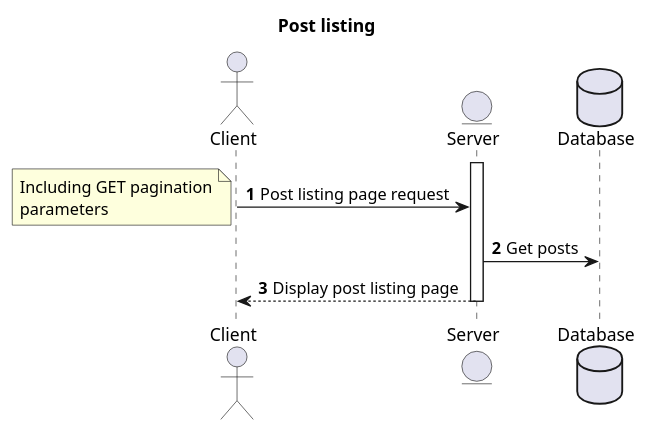
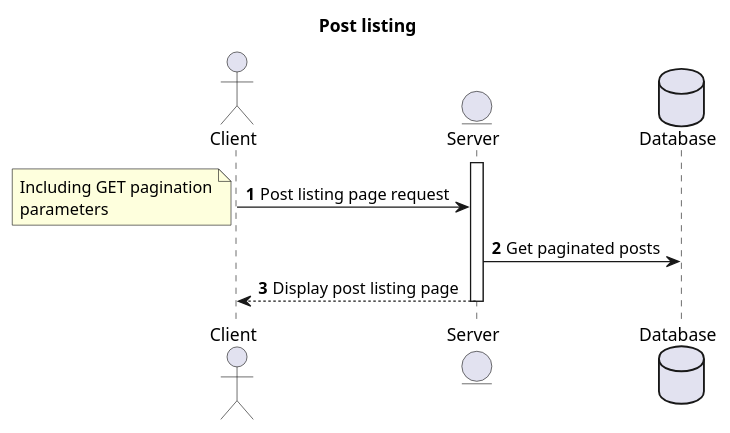
One commit to acecconato/AnthonyCecconato_5_18102021 changed the diagram in docs/puml/sequence/blog/post_listing.puml. Above: the diagram before and after it, drawn with PlantUML. The commit also changed 46 other files, not shown here.

```diff
--- a/docs/puml/sequence/blog/post_listing.puml
+++ b/docs/puml/sequence/blog/post_listing.puml
@@ -1,24 +1,24 @@
 @startuml
 
-title Post listing 
+title Post listing
 autonumber
 
-actor Client 
-entity Server 
-Database Database 
+actor Client
+entity Server
+Database Database
 
 activate Server
 
 Client -> Server : Post listing page request
-note left 
+note left
 Including GET pagination
 parameters
 end note
 
-Server -> Database : Get posts
+Server -> Database : Get paginated posts
 
 Server --> Client : Display post listing page
 
 deactivate Server
 
 @enduml
```
